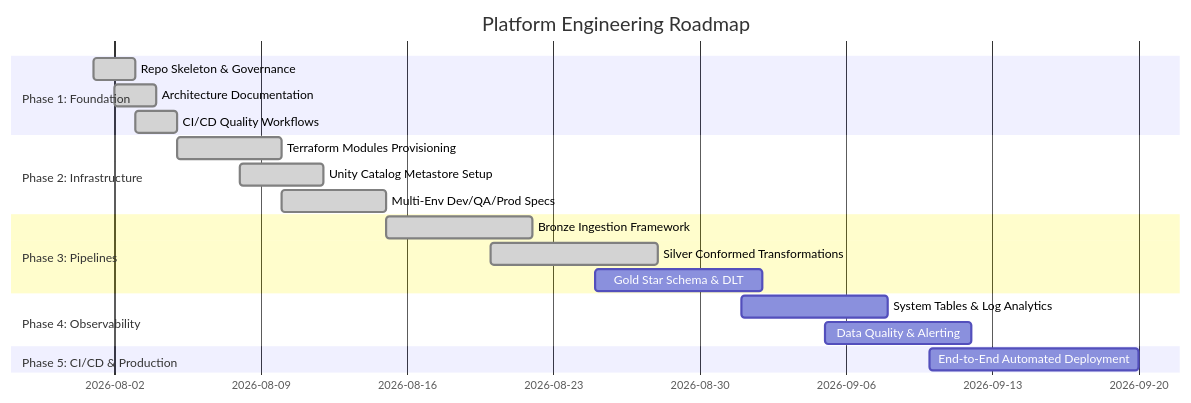
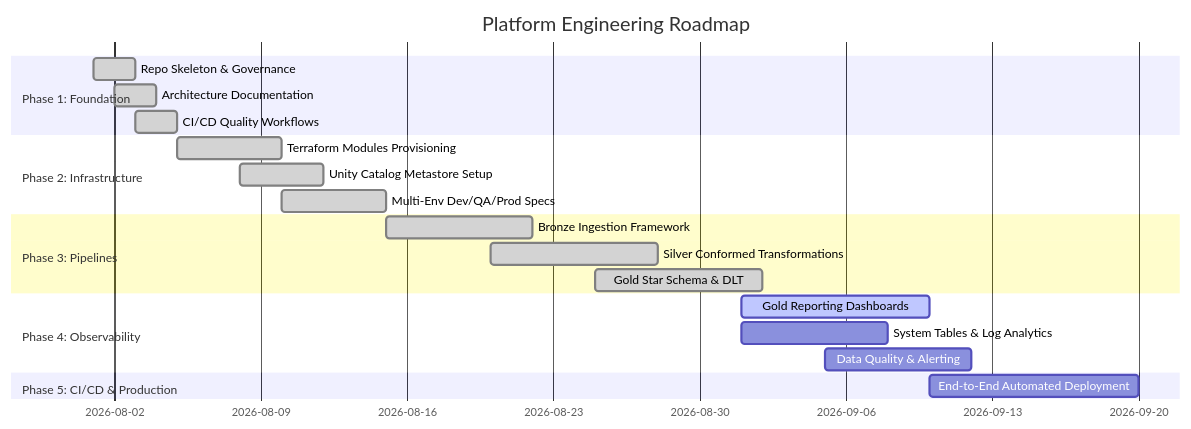
One commit to An0N-ops/Azure-Databricks-Lakehouse-Platform changed the diagram in docs/project-roadmap.md. Above: the diagram before and after it, drawn with Mermaid. The commit also changed other lines of this file and 6 other files, not shown here.

First line of the commit message:
feat(dashboards): add gold reporting dashboard to asset bundle

````diff
--- a/docs/project-roadmap.md
+++ b/docs/project-roadmap.md
@@ -11,22 +11,23 @@
 ```mermaid
 gantt
     title Platform Engineering Roadmap
     dateFormat  YYYY-MM-DD
     section Phase 1: Foundation
     Repo Skeleton & Governance       :done, p1_1, 2026-08-01, 2026-08-03
     Architecture Documentation      :done, p1_2, 2026-08-02, 2026-08-04
     CI/CD Quality Workflows          :done, p1_3, 2026-08-03, 2026-08-05
     section Phase 2: Infrastructure
     Terraform Modules Provisioning   :done, p2_1, 2026-08-05, 2026-08-10
     Unity Catalog Metastore Setup    :done, p2_2, 2026-08-08, 2026-08-12
     Multi-Env Dev/QA/Prod Specs      :done, p2_3, 2026-08-10, 2026-08-15
     section Phase 3: Pipelines
     Bronze Ingestion Framework      :done, p3_1, 2026-08-15, 2026-08-22
     Silver Conformed Transformations :done, p3_2, 2026-08-20, 2026-08-28
-    Gold Star Schema & DLT          : p3_3, 2026-08-25, 2026-09-02
+    Gold Star Schema & DLT          :done, p3_3, 2026-08-25, 2026-09-02
     section Phase 4: Observability
+    Gold Reporting Dashboards        :active, p4_0, 2026-09-01, 2026-09-10
     System Tables & Log Analytics   : p4_1, 2026-09-01, 2026-09-08
     Data Quality & Alerting         : p4_2, 2026-09-05, 2026-09-12
     section Phase 5: CI/CD & Production
     End-to-End Automated Deployment  : p5_1, 2026-09-10, 2026-09-20
 ```
````
